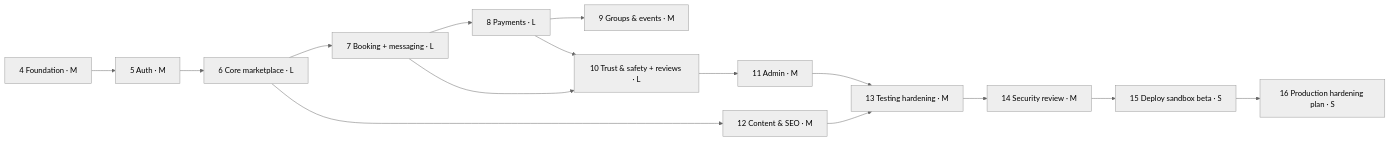
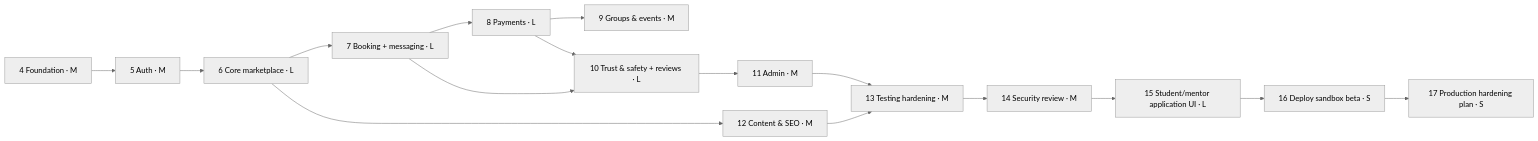
The diagram in docs/19-mvp-roadmap.md (Geek-ASR/MentorshipPlatform), drawn with Mermaid (neutral theme) before and after one commit. The commit also changed other lines of this file and 9 other files, not shown here.

First line of the commit message:
Insert Phase 15 (student/mentor application UI) ahead of deploy sandbox beta (#24)

````diff
--- a/docs/19-mvp-roadmap.md
+++ b/docs/19-mvp-roadmap.md
@@ -9,17 +9,18 @@
 ```mermaid
 flowchart LR
   P4[4 Foundation · M] --> P5[5 Auth · M]
   P5 --> P6[6 Core marketplace · L]
   P6 --> P7[7 Booking + messaging · L]
   P7 --> P8[8 Payments · L]
   P8 --> P9[9 Groups & events · M]
   P7 --> P10[10 Trust & safety + reviews · L]
   P8 --> P10
   P10 --> P11[11 Admin · M]
   P6 --> P12[12 Content & SEO · M]
   P11 --> P13[13 Testing hardening · M]
   P12 --> P13
   P13 --> P14[14 Security review · M]
-  P14 --> P15[15 Deploy sandbox beta · S]
-  P15 --> P16[16 Production hardening plan · S]
+  P14 --> P15[15 Student/mentor application UI · L]
+  P15 --> P16[16 Deploy sandbox beta · S]
+  P16 --> P17[17 Production hardening plan · S]
 ```
````
